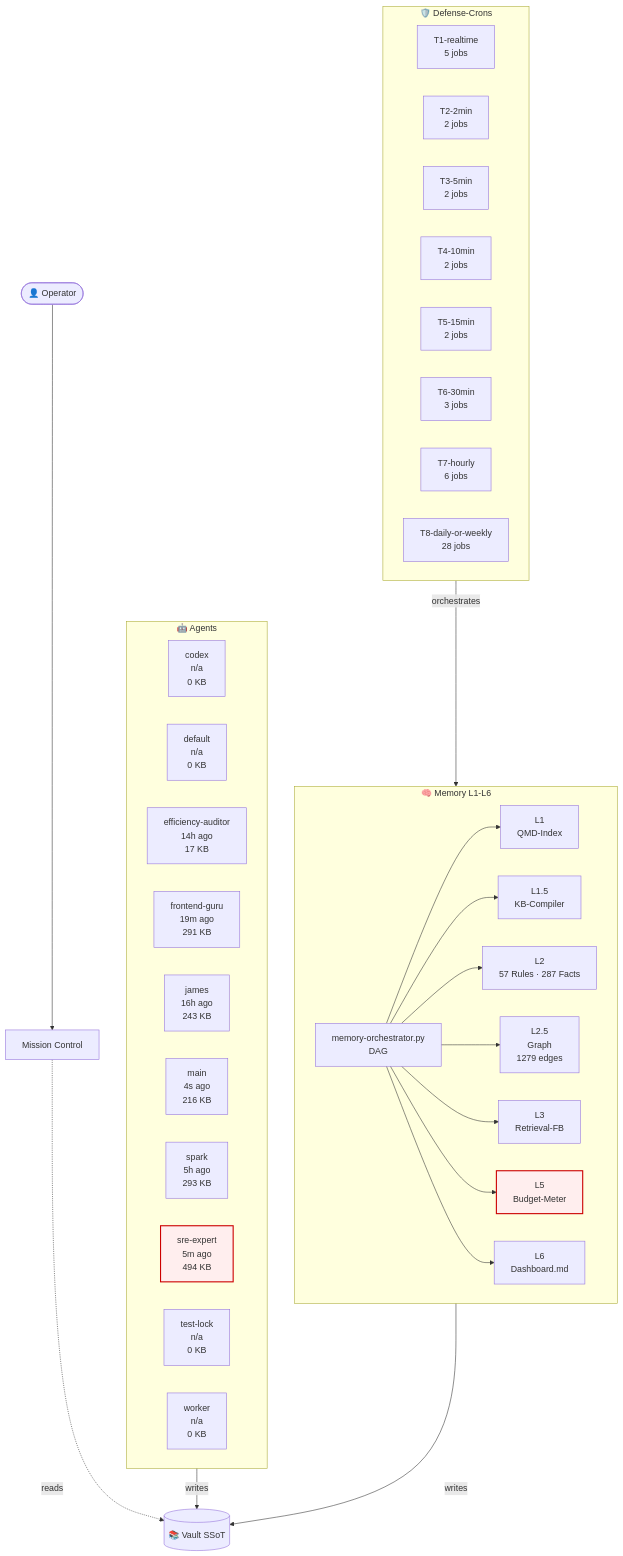
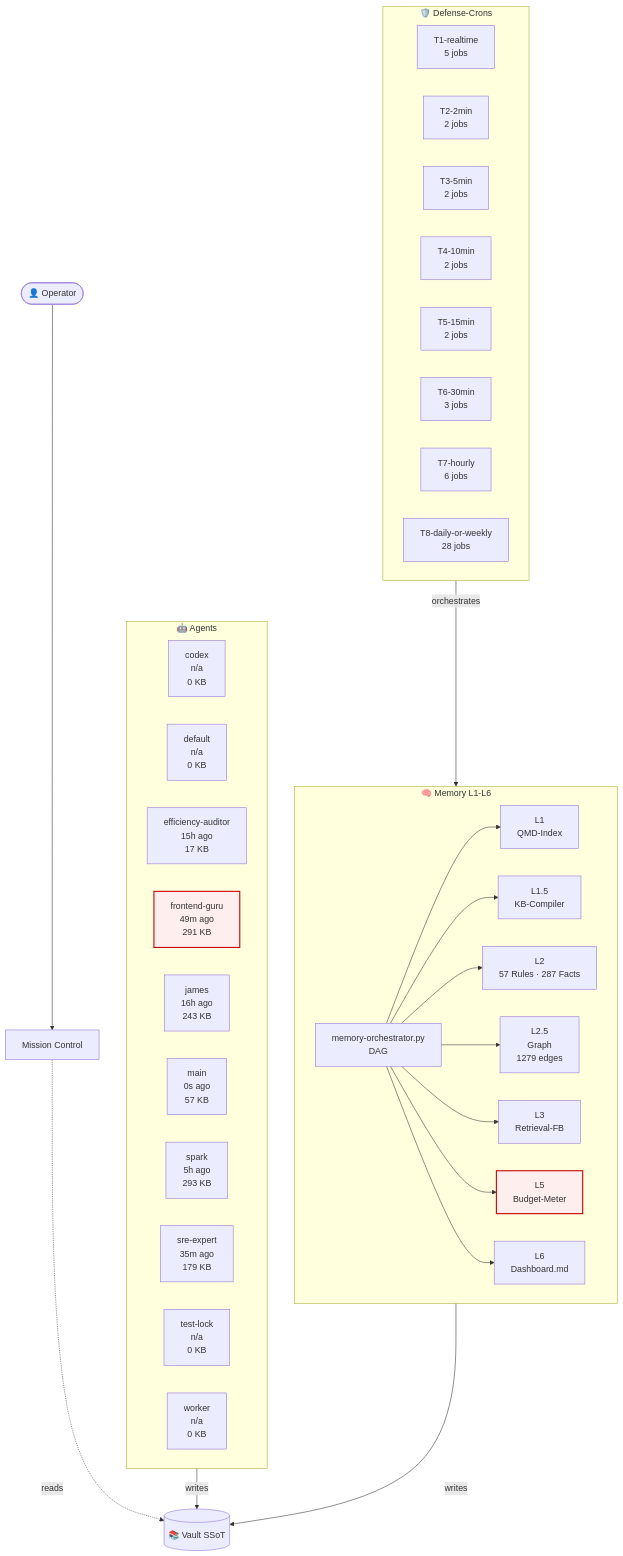
Before and after one commit to lenardhuebner88-rgb/openclaw-memory: the diagram in 03-Agents/architecture-live.md, drawn with Mermaid. The commit also changed other lines of this file and 18 other files, not shown here.

````diff
--- a/03-Agents/architecture-live.md
+++ b/03-Agents/architecture-live.md
@@ -18,53 +18,53 @@
 ```mermaid
 flowchart TB
     classDef critical fill:#fee,stroke:#c00,stroke-width:2px;
     subgraph AGT["🤖 Agents"]
         agent_codex["codex<br/>n/a<br/>0 KB"]
         agent_default["default<br/>n/a<br/>0 KB"]
-        agent_efficiency_auditor["efficiency-auditor<br/>14h ago<br/>17 KB"]
-        agent_frontend_guru["frontend-guru<br/>19m ago<br/>291 KB"]
+        agent_efficiency_auditor["efficiency-auditor<br/>15h ago<br/>17 KB"]
+        agent_frontend_guru["frontend-guru<br/>49m ago<br/>291 KB"]
         agent_james["james<br/>16h ago<br/>243 KB"]
-        agent_main["main<br/>4s ago<br/>216 KB"]
+        agent_main["main<br/>0s ago<br/>57 KB"]
         agent_spark["spark<br/>5h ago<br/>293 KB"]
-        agent_sre_expert["sre-expert<br/>5m ago<br/>494 KB"]
+        agent_sre_expert["sre-expert<br/>35m ago<br/>179 KB"]
         agent_test_lock["test-lock<br/>n/a<br/>0 KB"]
         agent_worker["worker<br/>n/a<br/>0 KB"]
     end
     subgraph MEM["🧠 Memory L1-L6"]
         L1["L1<br/>QMD-Index"]
         L15["L1.5<br/>KB-Compiler"]
         L2["L2<br/>57 Rules · 287 Facts"]
         L25["L2.5<br/>Graph<br/>1279 edges"]
         L3["L3<br/>Retrieval-FB"]
         L5["L5<br/>Budget-Meter"]
         L6["L6<br/>Dashboard.md"]
         ORCH["memory-orchestrator.py<br/>DAG"]
     end
     subgraph CRN["🛡️ Defense-Crons"]
         tier_T1_realtime["T1-realtime<br/>5 jobs"]
         tier_T2_2min["T2-2min<br/>2 jobs"]
         tier_T3_5min["T3-5min<br/>2 jobs"]
         tier_T4_10min["T4-10min<br/>2 jobs"]
         tier_T5_15min["T5-15min<br/>2 jobs"]
         tier_T6_30min["T6-30min<br/>3 jobs"]
         tier_T7_hourly["T7-hourly<br/>6 jobs"]
         tier_T8_daily_or_weekly["T8-daily-or-weekly<br/>28 jobs"]
     end
     VAULT[("📚 Vault SSoT")]
     OP([👤 Operator])
     MC["Mission Control"]
     OP --> MC
     MC -.reads.-> VAULT
     AGT -->|writes| VAULT
     MEM -->|writes| VAULT
     ORCH --> L1
     ORCH --> L15
     ORCH --> L2
     ORCH --> L25
     ORCH --> L3
     ORCH --> L5
     ORCH --> L6
     CRN -->|orchestrates| MEM
     class L5 critical
-    class agent_sre_expert critical
+    class agent_frontend_guru critical
 ```
````
